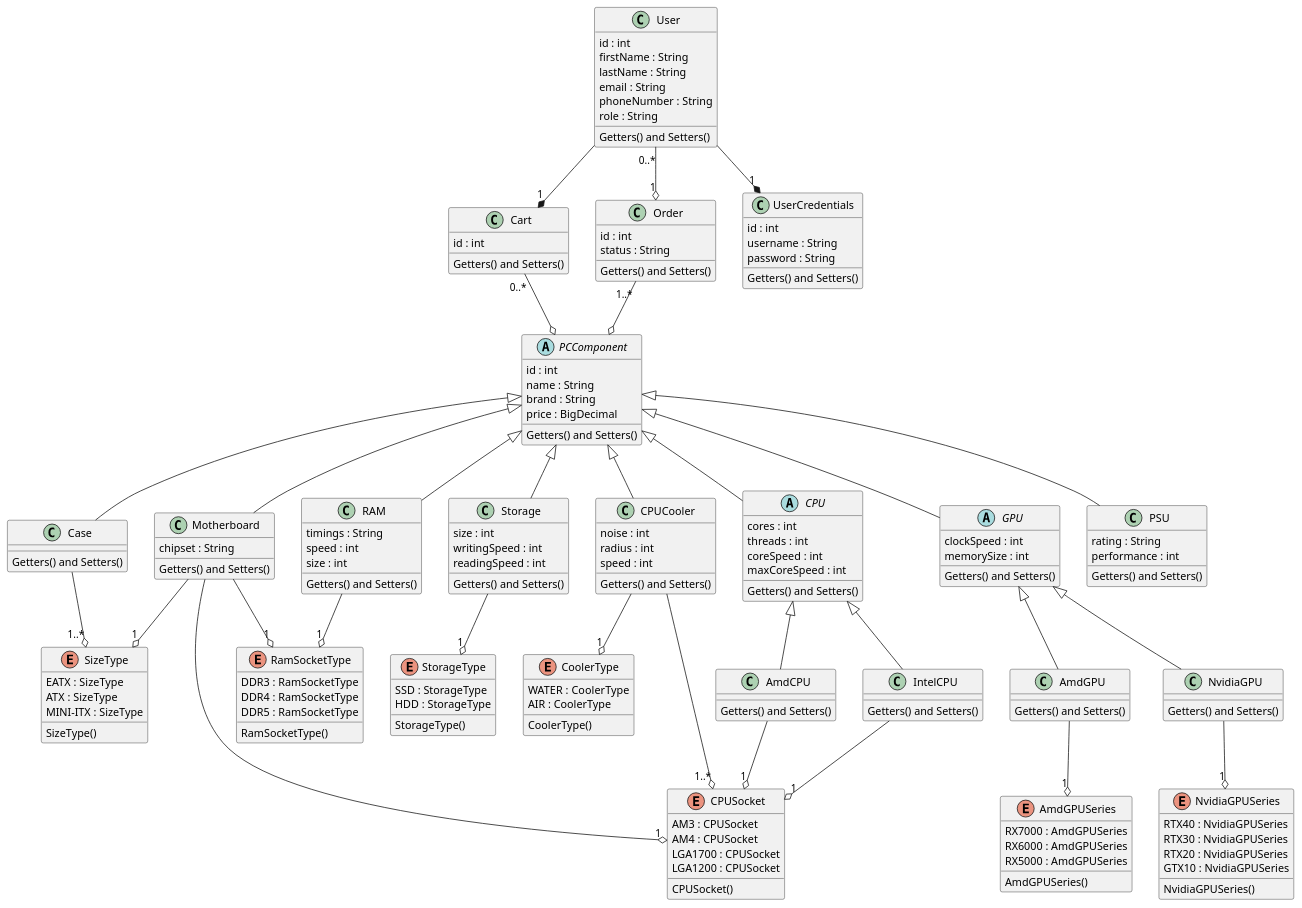
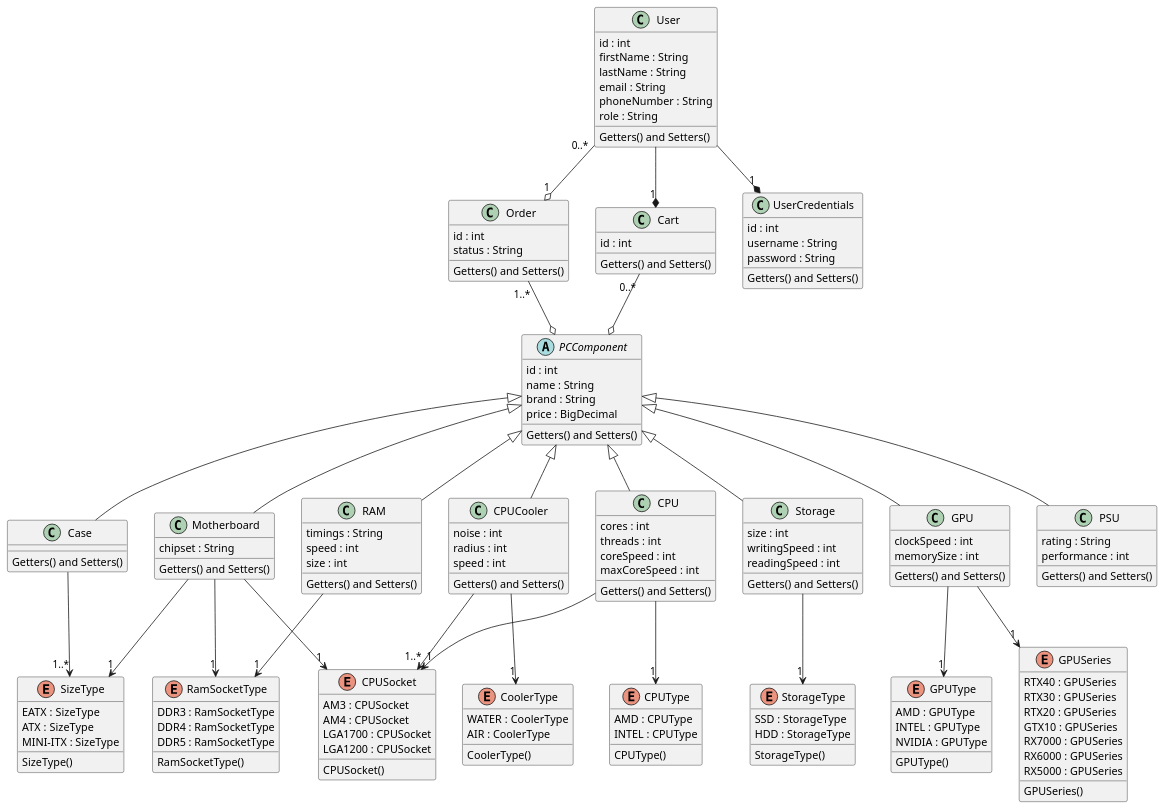
Before and after one commit to KozariAndras/elte-fsz-23-24-osz-pc-builder: the diagram in uml/PCBuilderDomain.plantuml, drawn with PlantUML. The commit also changed 2 other files, not shown here.

Commit message:
changes to uml

```diff
--- a/uml/PCBuilderDomain.plantuml
+++ b/uml/PCBuilderDomain.plantuml
@@ -1,173 +1,169 @@
 @startuml
 class User {
 id : int
 firstName : String
 lastName : String
 email : String
 phoneNumber : String
 role : String
 Getters() and Setters()
 }
 
 class Cart {
 id : int
 Getters() and Setters()
 }
 
 class Order {
 id : int
 status : String
 Getters() and Setters()
 }
 
 abstract class PCComponent {
 id : int
 name : String
 brand : String
 price : BigDecimal
 Getters() and Setters()
 }
 
 
-Motherboard --o "1" SizeType
-Case --o "1..*" SizeType
-RAM --o "1" RamSocketType
-Motherboard  --o "1" RamSocketType 
-Storage  --o "1" StorageType
-CPUCooler --o "1" CoolerType
-AmdGPU --o "1" AmdGPUSeries
-NvidiaGPU --o "1" NvidiaGPUSeries
-AmdCPU --o "1" CPUSocket
-IntelCPU --o "1" CPUSocket
-Motherboard --o "1" CPUSocket
-CPUCooler --o "1..*" CPUSocket
+Motherboard --> "1" SizeType
+Case --> "1..*" SizeType
+RAM --> "1" RamSocketType
+Motherboard  --> "1" RamSocketType 
+Storage  --> "1" StorageType
+CPUCooler --> "1" CoolerType
+CPU --> "1" CPUSocket
+Motherboard --> "1" CPUSocket
+GPU --> "1" GPUType
+GPU --> "1" GPUSeries
+CPUCooler --> "1..*" CPUSocket
+CPU --> "1" CPUType
+
 
 User --* "1" Cart
 User "0..*" --o "1" Order
 Order "1..*" --o PCComponent
 Cart "0..*" --o PCComponent
 User --* "1" UserCredentials
 
 class Motherboard extends PCComponent {
 chipset : String
 Getters() and Setters()
 }
 
 class RAM extends PCComponent {
 timings : String
 speed : int
 size : int
 Getters() and Setters()
 }
 
-abstract class CPU extends PCComponent {
+class CPU extends PCComponent {
 cores : int
 threads : int
 coreSpeed : int
 maxCoreSpeed : int
 Getters() and Setters()
 }
 
-class AmdCPU extends CPU{
-Getters() and Setters()
-}
 
-class IntelCPU extends CPU{
-Getters() and Setters()
-}
-
-abstract class GPU extends PCComponent {
+class GPU extends PCComponent {
 clockSpeed : int
 memorySize : int
-Getters() and Setters()
-}
-
-class NvidiaGPU extends GPU {
-Getters() and Setters()
-}
-
-class AmdGPU extends GPU {
 Getters() and Setters()
 }
 
 
 class Storage extends PCComponent {
 size : int
 writingSpeed : int
 readingSpeed : int
 Getters() and Setters()
 }
 
 class Case extends PCComponent {
 Getters() and Setters()
 }
 
 class CPUCooler extends PCComponent {
 noise : int
 radius : int
 speed : int
 Getters() and Setters()
 }
 
 class PSU extends PCComponent {
 rating : String
 performance : int
 Getters() and Setters()
 }
 
 class UserCredentials {
 id : int
 username : String
 password : String
 Getters() and Setters()
 }
 
 enum SizeType {
 EATX : SizeType
 ATX : SizeType
 MINI-ITX : SizeType
 SizeType()
 }
 
 enum StorageType {
 SSD : StorageType
 HDD : StorageType
 StorageType()
 }
 
 enum CoolerType {
 WATER : CoolerType
 AIR : CoolerType
 CoolerType()
 }
 
 enum RamSocketType {
 DDR3 : RamSocketType
 DDR4 : RamSocketType
 DDR5 : RamSocketType
 RamSocketType()
 }
 
-enum NvidiaGPUSeries {
-RTX40 : NvidiaGPUSeries 
-RTX30 : NvidiaGPUSeries 
-RTX20 : NvidiaGPUSeries 
-GTX10 : NvidiaGPUSeries 
-NvidiaGPUSeries()
+enum CPUType {
+AMD : CPUType
+INTEL : CPUType
+CPUType()
 }
 
-enum AmdGPUSeries {
-RX7000 : AmdGPUSeries
-RX6000 : AmdGPUSeries
-RX5000 : AmdGPUSeries
-AmdGPUSeries()
+enum GPUType {
+AMD : GPUType 
+INTEL : GPUType 
+NVIDIA : GPUType
+GPUType()
 }
+
+enum GPUSeries {
+RTX40 : GPUSeries 
+RTX30 : GPUSeries 
+RTX20 : GPUSeries 
+GTX10 : GPUSeries 
+RX7000 : GPUSeries 
+RX6000 : GPUSeries 
+RX5000 : GPUSeries 
+GPUSeries()
+}
+
 
 enum CPUSocket {
 AM3 : CPUSocket
 AM4 : CPUSocket
 LGA1700 : CPUSocket
 LGA1200 : CPUSocket
 CPUSocket()
 }
 @enduml
```
